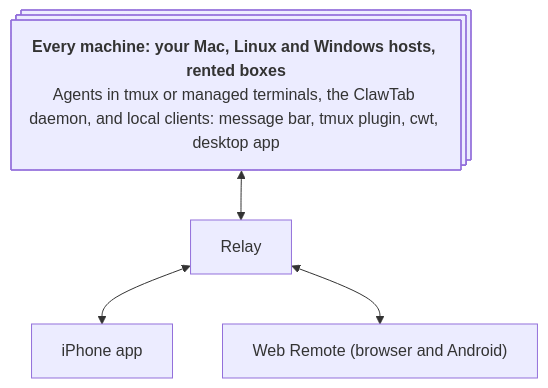
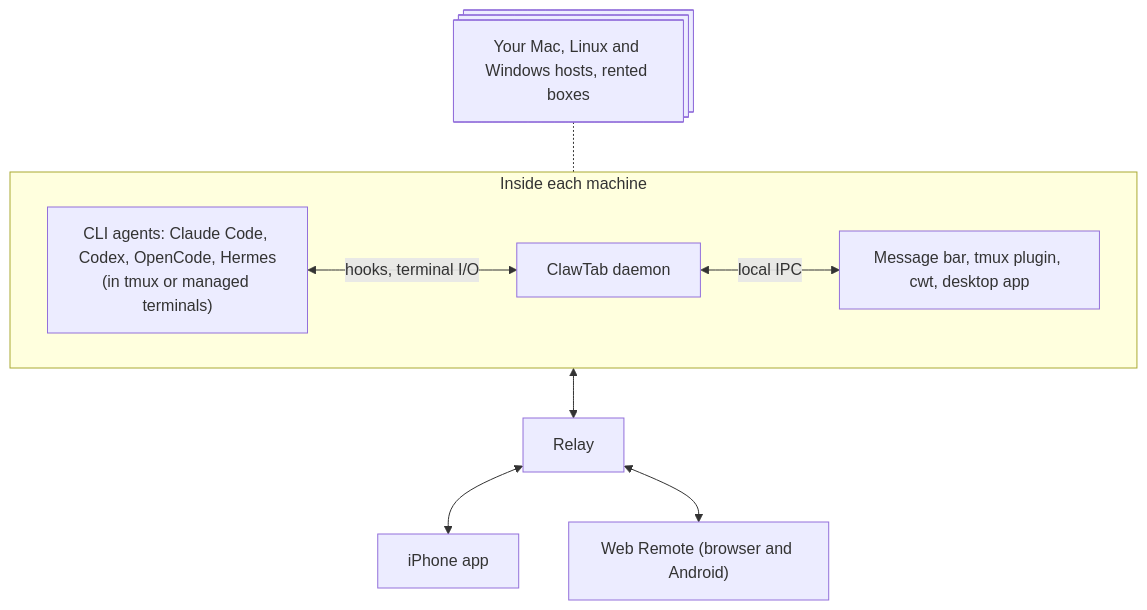
The diagram in README.md (tonisives/clawtab), drawn with Mermaid before and after one commit.

Commit message:
Show what runs inside each machine in the README graph
Agent-Provider: claude
Agent-Model: claude-opus-5-5
Agent-Session: 26b6900f-c5ae-4153-8a94-276b764296dc
Agent-Pane: %49

````diff
--- a/README.md
+++ b/README.md
@@ -26,8 +26,16 @@
 ```mermaid
-%%{init: {"flowchart": {"wrappingWidth": 420}}}%%
 flowchart TB
-  M@{ shape: procs, label: "**Every machine: your Mac, Linux and Windows hosts, rented boxes**<br/>Agents in tmux or managed terminals, the ClawTab daemon, and local clients: message bar, tmux plugin, cwt, desktop app" }
+  S@{ shape: procs, label: "Your Mac, Linux and Windows hosts, rented boxes" }
+  subgraph M["Inside each machine"]
+    direction LR
+    A["CLI agents: Claude Code, Codex, OpenCode, Hermes<br/>(in tmux or managed terminals)"]
+    D["ClawTab daemon"]
+    C["Message bar, tmux plugin, cwt, desktop app"]
+    A <-- "hooks, terminal I/O" --> D
+    D <-- "local IPC" --> C
+  end
+  S -.- M
   M <--> R["Relay"]
   R <--> I["iPhone app"]
   R <--> W["Web Remote (browser and Android)"]
 ```
````
